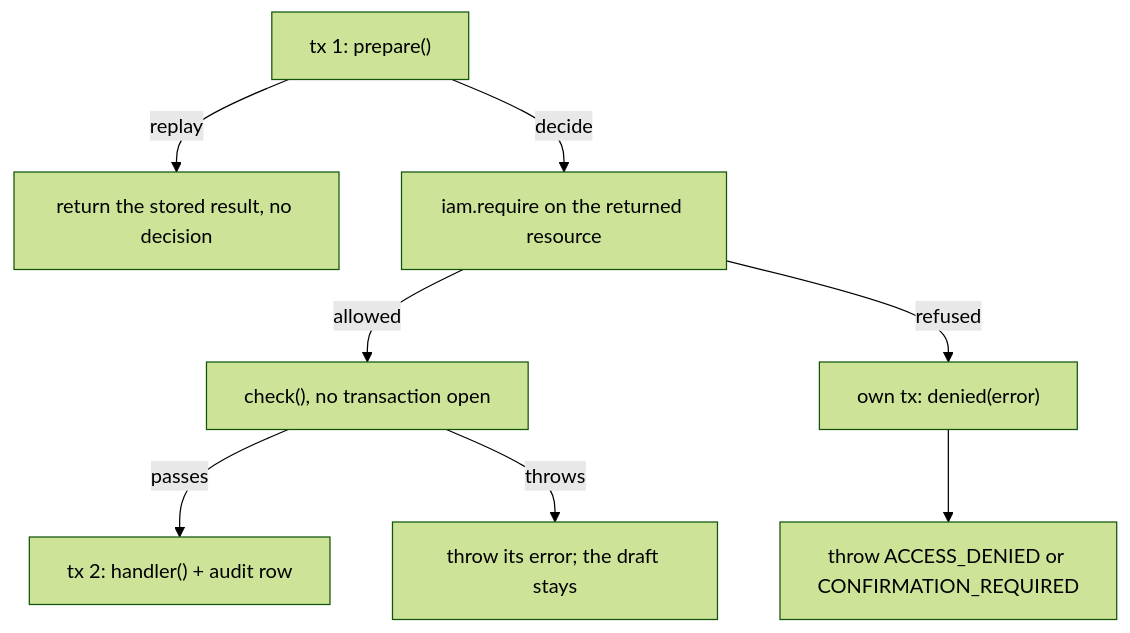
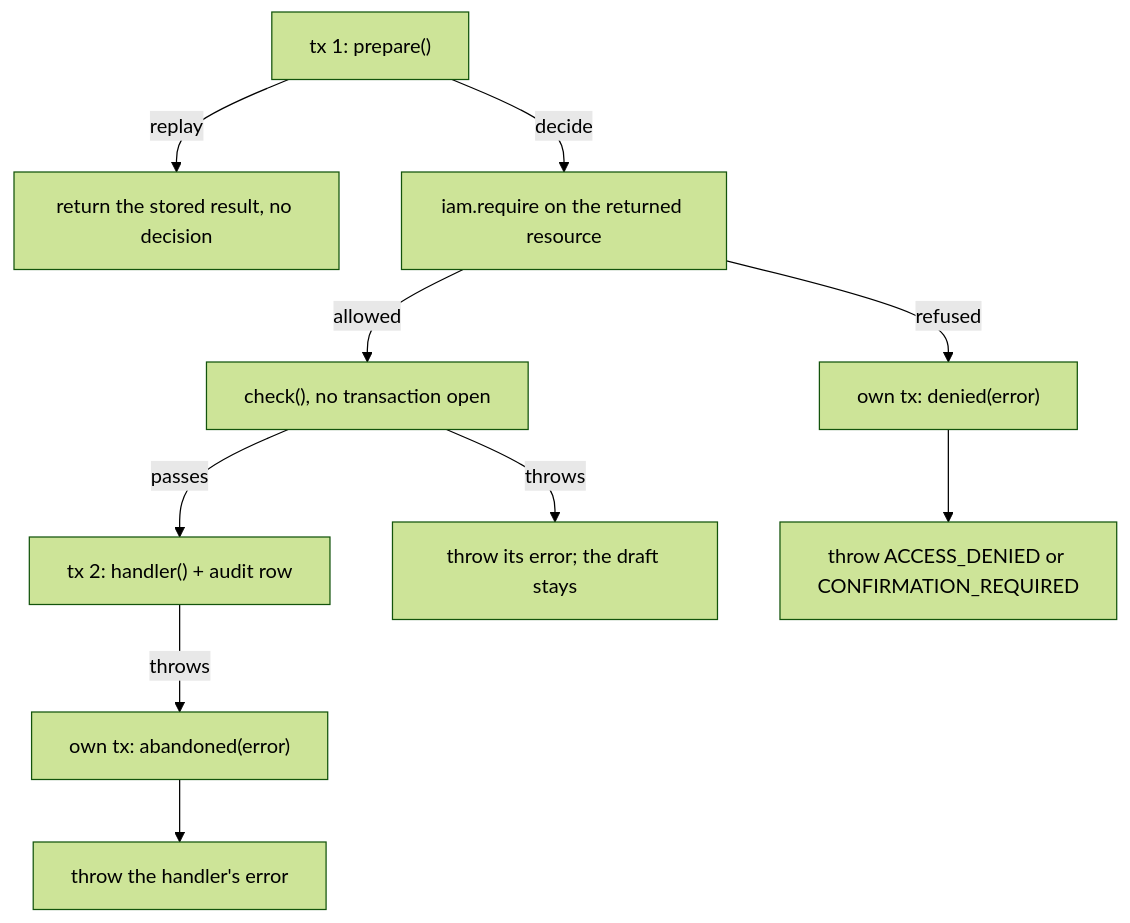
One commit to Better-Compute/better-compute changed the second of 2 diagrams in apps/docs/content/docs/extending/methods.mdx. Above: the diagram before and after it, drawn with Mermaid (forest theme). The commit also changed other lines of this file and 18 other files, not shown here.

````diff
--- a/apps/docs/content/docs/extending/methods.mdx
+++ b/apps/docs/content/docs/extending/methods.mdx
@@ -211,10 +212,12 @@
 ```mermaid
 flowchart TD
   P["tx 1: prepare()"] -->|replay| R["return the stored result, no decision"]
   P -->|decide| Q["iam.require on the returned resource"]
   Q -->|allowed| C["check(), no transaction open"]
   C -->|passes| H["tx 2: handler() + audit row"]
+  H -->|throws| A["own tx: abandoned(error)"]
+  A --> Z["throw the handler's error"]
   C -->|throws| Y["throw its error; the draft stays"]
   Q -->|refused| D["own tx: denied(error)"]
   D --> X["throw ACCESS_DENIED or CONFIRMATION_REQUIRED"]
 ```
````
